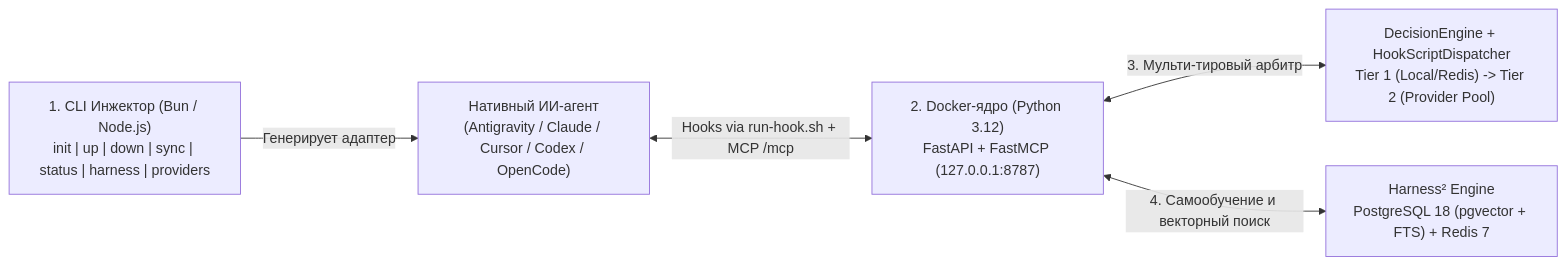
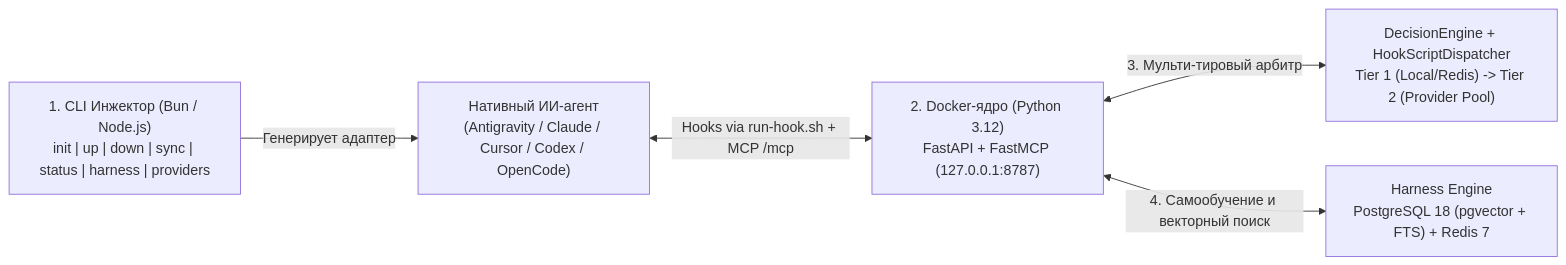
The diagram in README.md (Shpakowski/shpakich-agent), drawn with Mermaid before and after one commit. The commit also changed other lines of this file and 64 other files, not shown here.

````diff
--- a/README.md
+++ b/README.md
@@ -30,7 +30,7 @@
 ```mermaid
 flowchart LR
     CLI["1. CLI Инжектор (Bun / Node.js)\ninit | up | down | sync | status | harness | providers"] -->|Генерирует адаптер| Agent["Нативный ИИ-агент\n(Antigravity / Claude / Cursor / Codex / OpenCode)"]
     Agent <-->|Hooks via run-hook.sh + MCP /mcp| Core["2. Docker-ядро (Python 3.12)\nFastAPI + FastMCP (127.0.0.1:8787)"]
     Core <-->|3. Мульти-тировый арбитр| Decision["DecisionEngine + HookScriptDispatcher\nTier 1 (Local/Redis) -> Tier 2 (Provider Pool)"]
-    Core <-->|4. Самообучение и векторный поиск| Harness["Harness² Engine\nPostgreSQL 18 (pgvector + FTS) + Redis 7"]
+    Core <-->|4. Самообучение и векторный поиск| Harness["Harness Engine\nPostgreSQL 18 (pgvector + FTS) + Redis 7"]
 ```
````
